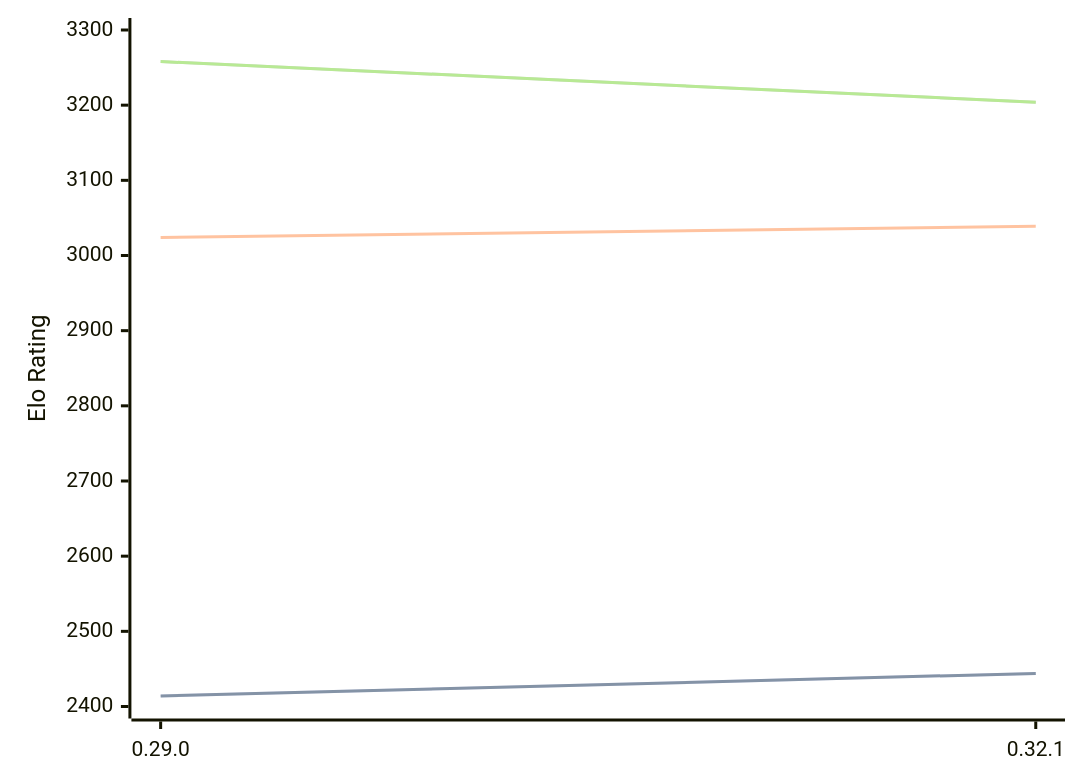
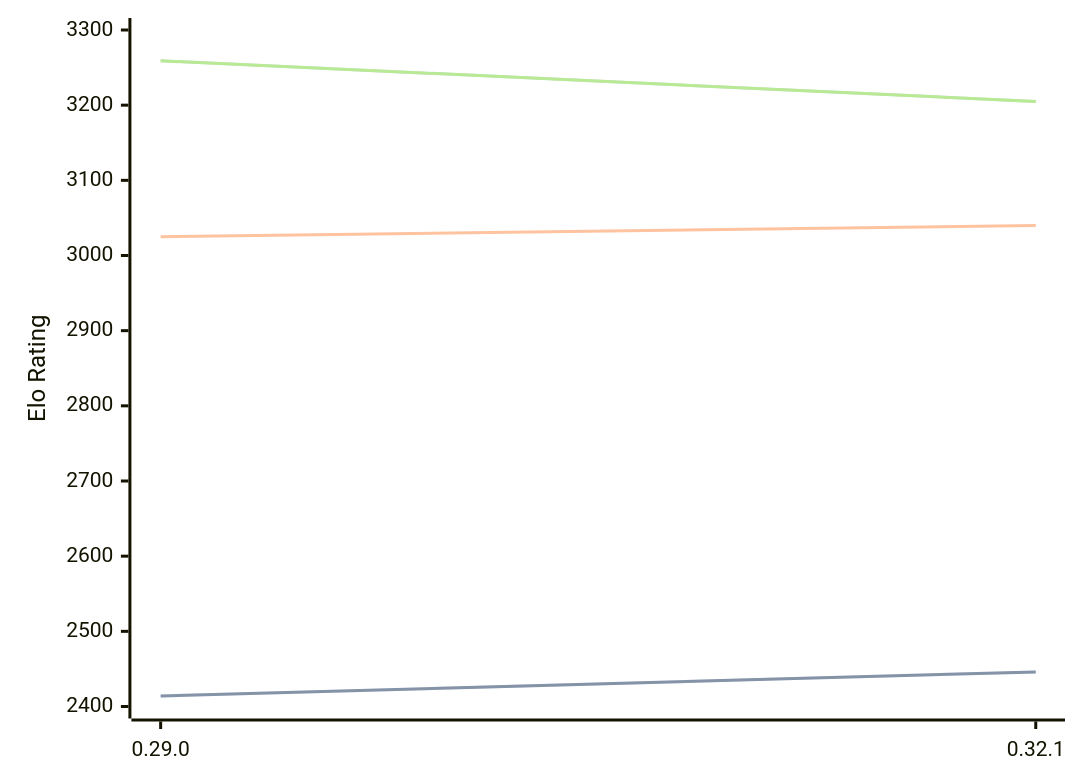
Before and after one commit to computer-chess-index/cci: the diagram in engines/Lc0.md, drawn with Mermaid. The commit also changed other lines of this file, not shown here.

Commit message:
Update CCI Ratings (ELO VLTC) - 2026-04-13

````diff
--- a/engines/Lc0.md
+++ b/engines/Lc0.md
@@ -68,11 +68,11 @@
 ```mermaid
 %%{init: {"theme":"base","themeVariables":{"seriesColors:['#a3a3a3','#222221','#faa371']}}}%%
 xychart-beta
   x-axis ["0.29.0", "0.32.1"]
   y-axis "Elo Rating" 2400 --> 3300
-  line "STC (8.0+0.08s)" [2414, 2444]
-  line "STC (8.0+0.08s)" [2414, 2444]
-  line "LTC (60.0+0.60s)" [3024, 3039]
-  line "VLTC (2m24s+1.12s)" [3258, 3204]
-  line "VLTC (2m24s+1.12s)" [3258, 3204]
+  line "STC (8.0+0.08s)" [2414, 2446]
+  line "STC (8.0+0.08s)" [2414, 2446]
+  line "LTC (60.0+0.60s)" [3025, 3040]
+  line "VLTC (2m24s+1.12s)" [3259, 3205]
+  line "VLTC (2m24s+1.12s)" [3259, 3205]
 ```
````
